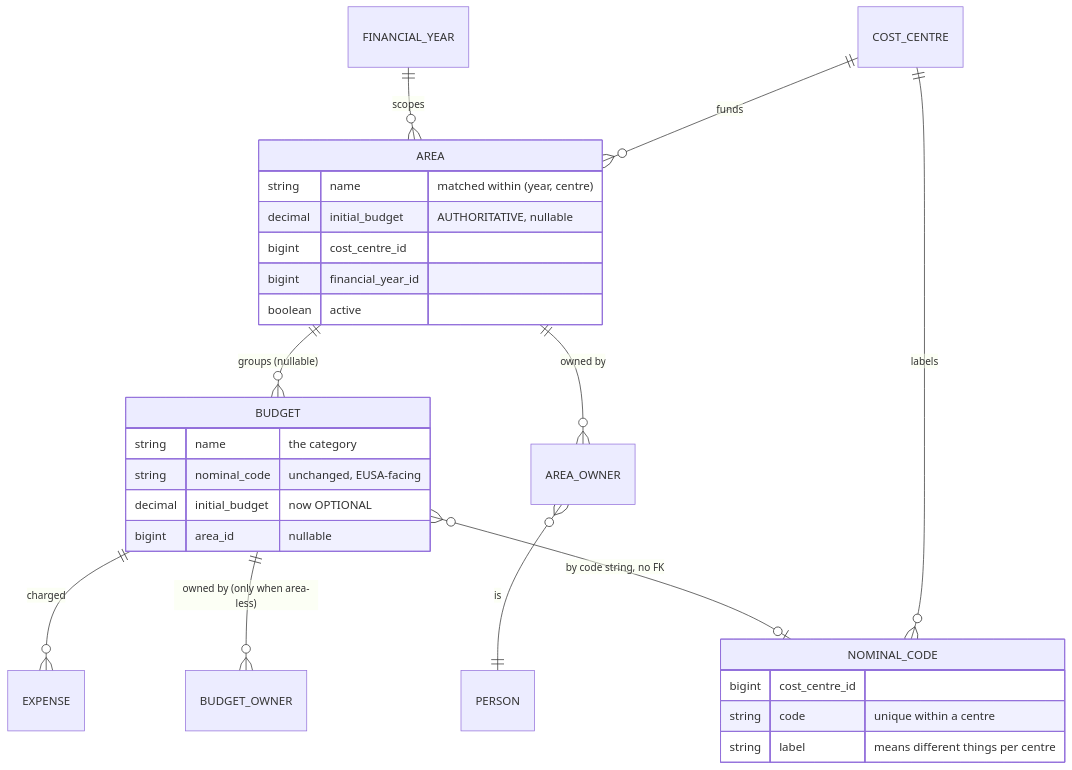
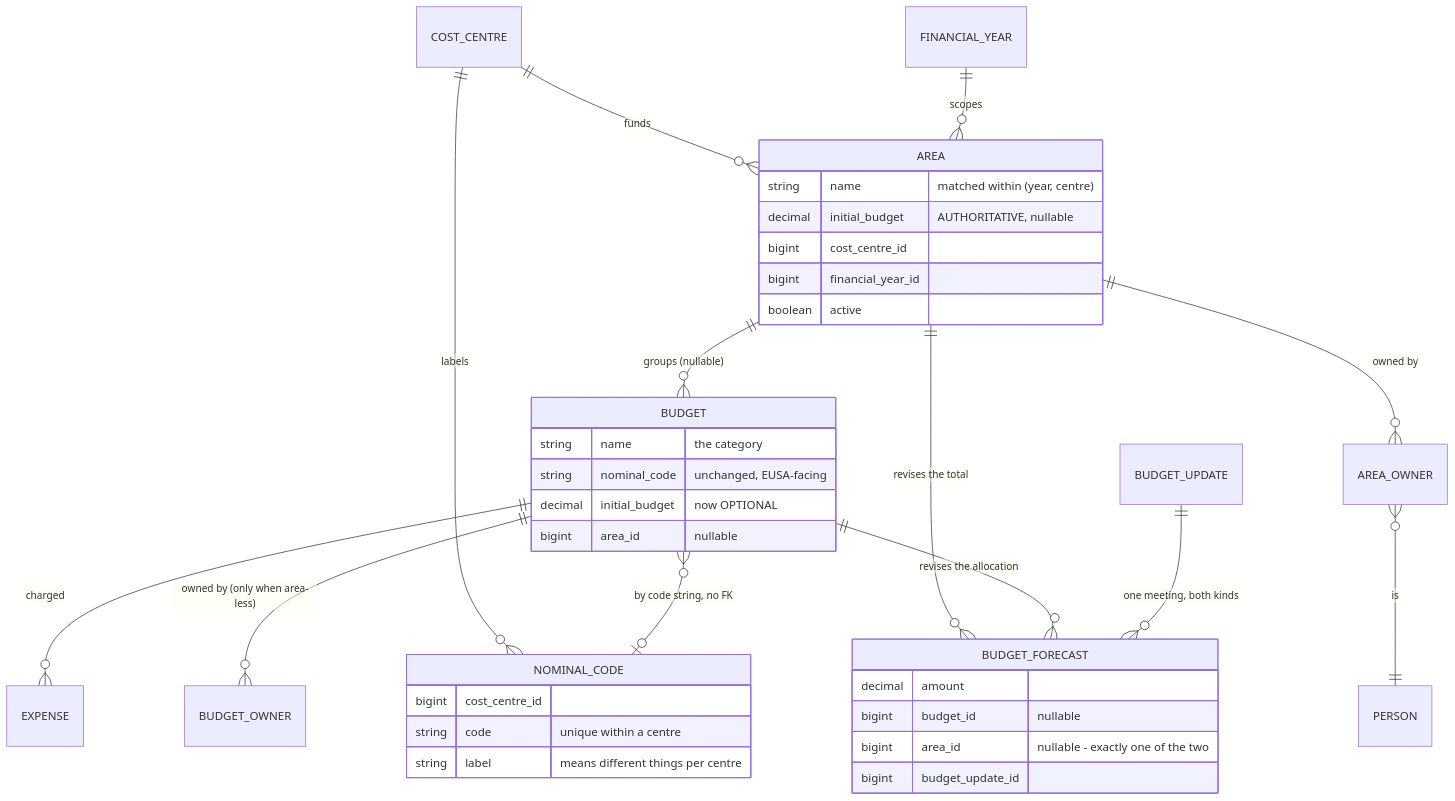
The diagram in docs/superpowers/specs/2026-09-10-area-grouping-design.md (EdinburghUniversityTheatreCompany/black_lightning), drawn with Mermaid before and after one commit. The commit also changed other lines of this file, not shown here.

First line of the commit message:
docs: fold Mick's amendments into the Area spec

````diff
--- a/docs/superpowers/specs/2026-09-10-area-grouping-design.md
+++ b/docs/superpowers/specs/2026-09-10-area-grouping-design.md
@@ -29,31 +29,40 @@
 ```mermaid
 erDiagram
     COST_CENTRE ||--o{ AREA : "funds"
     FINANCIAL_YEAR ||--o{ AREA : "scopes"
     AREA ||--o{ BUDGET : "groups (nullable)"
     AREA ||--o{ AREA_OWNER : "owned by"
     AREA_OWNER }o--|| PERSON : "is"
     BUDGET ||--o{ EXPENSE : "charged"
     BUDGET ||--o{ BUDGET_OWNER : "owned by (only when area-less)"
     COST_CENTRE ||--o{ NOMINAL_CODE : "labels"
     BUDGET }o--o| NOMINAL_CODE : "by code string, no FK"
+    AREA ||--o{ BUDGET_FORECAST : "revises the total"
+    BUDGET ||--o{ BUDGET_FORECAST : "revises the allocation"
+    BUDGET_UPDATE ||--o{ BUDGET_FORECAST : "one meeting, both kinds"
 
     AREA {
         string name "matched within (year, centre)"
         decimal initial_budget "AUTHORITATIVE, nullable"
         bigint cost_centre_id
         bigint financial_year_id
         boolean active
     }
     BUDGET {
         string name "the category"
         string nominal_code "unchanged, EUSA-facing"
         decimal initial_budget "now OPTIONAL"
         bigint area_id "nullable"
     }
     NOMINAL_CODE {
         bigint cost_centre_id
         string code "unique within a centre"
         string label "means different things per centre"
     }
+    BUDGET_FORECAST {
+        decimal amount
+        bigint budget_id "nullable"
+        bigint area_id "nullable - exactly one of the two"
+        bigint budget_update_id
+    }
 ```
````
